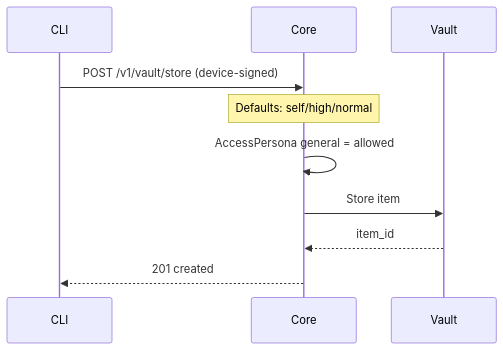
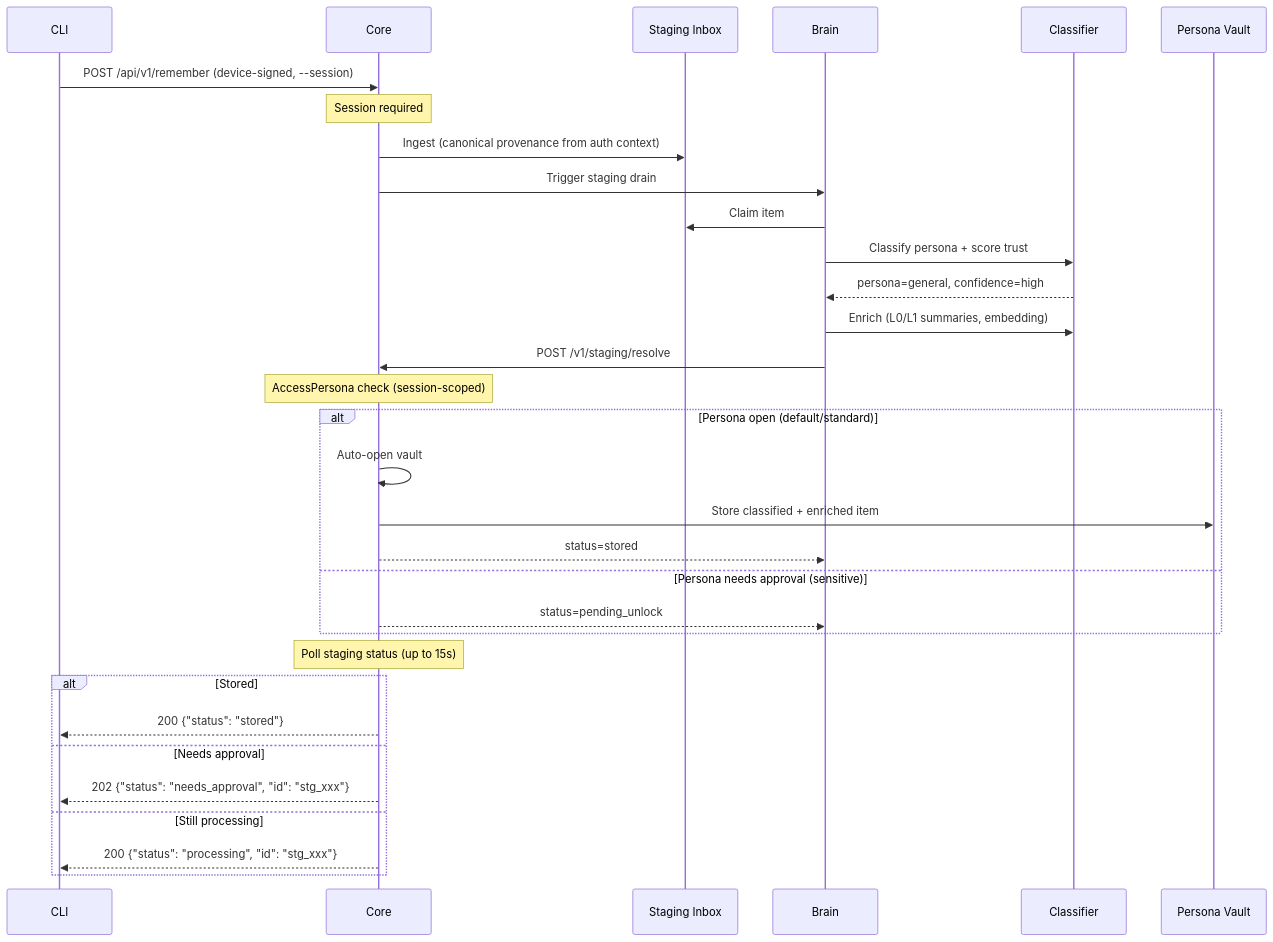
Before and after one commit to rajmohanutopai/dina: diagram 11 of 14 in docs/FLOW_DIAGRAMS.md, drawn with Mermaid. The commit also changed other lines of this file and 8 other files, not shown here.

First line of the commit message:
Update docs for staging resolve, session enforcement, v1 auto-open

````diff
--- a/docs/FLOW_DIAGRAMS.md
+++ b/docs/FLOW_DIAGRAMS.md
@@ -384,13 +384,39 @@
 ```mermaid
 sequenceDiagram
     participant CLI as CLI
     participant CORE as Core
-    participant VAULT as Vault
+    participant STG as Staging Inbox
+    participant BRAIN as Brain
+    participant CLF as Classifier
+    participant VAULT as Persona Vault
 
-    CLI->>CORE: POST /v1/vault/store (device-signed)
-    Note over CORE: Defaults: self/high/normal
-    CORE->>CORE: AccessPersona general = allowed
-    CORE->>VAULT: Store item
-    VAULT-->>CORE: item_id
-    CORE-->>CLI: 201 created
+    CLI->>CORE: POST /api/v1/remember (device-signed, --session)
+    Note over CORE: Session required
+    CORE->>STG: Ingest (canonical provenance from auth context)
+    CORE->>BRAIN: Trigger staging drain
+
+    BRAIN->>STG: Claim item
+    BRAIN->>CLF: Classify persona + score trust
+    CLF-->>BRAIN: persona=general, confidence=high
+    BRAIN->>CLF: Enrich (L0/L1 summaries, embedding)
+    BRAIN->>CORE: POST /v1/staging/resolve
+    Note over CORE: AccessPersona check (session-scoped)
+
+    alt Persona open (default/standard)
+        CORE->>CORE: Auto-open vault
+        CORE->>VAULT: Store classified + enriched item
+        CORE-->>BRAIN: status=stored
+    else Persona needs approval (sensitive)
+        CORE-->>BRAIN: status=pending_unlock
+    end
+
+    Note over CORE: Poll staging status (up to 15s)
+
+    alt Stored
+        CORE-->>CLI: 200 {"status": "stored"}
+    else Needs approval
+        CORE-->>CLI: 202 {"status": "needs_approval", "id": "stg_xxx"}
+    else Still processing
+        CORE-->>CLI: 200 {"status": "processing", "id": "stg_xxx"}
+    end
 ```
````
